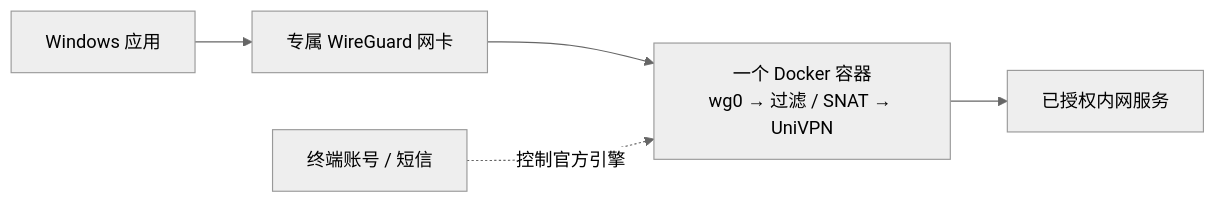
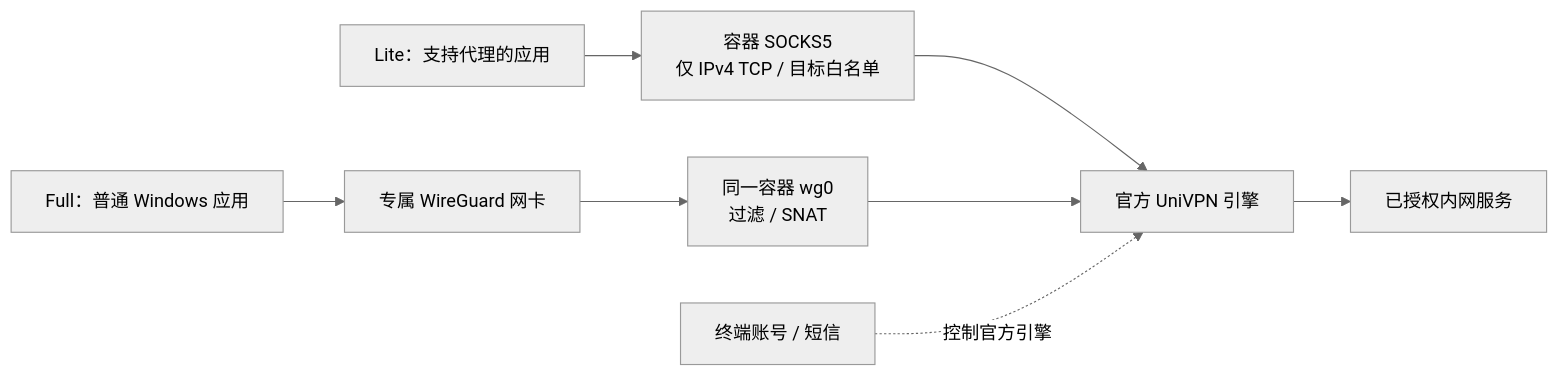
Before and after one commit to JavaZeroo/univpn-docker-gateway: the diagram in README.md, drawn with Mermaid (neutral theme). The commit also changed other lines of this file and 22 other files, not shown here.

Commit message:
feat: ship Lite SOCKS5 and Full routed VPN editions

````diff
--- a/README.md
+++ b/README.md
@@ -53,7 +73,10 @@
 ```mermaid
 flowchart LR
-    Apps["Windows 应用"] --> WG["专属 WireGuard 网卡"]
-    WG --> VPN["一个 Docker 容器<br/>wg0 → 过滤 / SNAT → UniVPN"]
+    ProxyApp["Lite：支持代理的应用"] --> SOCKS["容器 SOCKS5<br/>仅 IPv4 TCP / 目标白名单"]
+    Apps["Full：普通 Windows 应用"] --> WG["专属 WireGuard 网卡"]
+    WG --> Forward["同一容器 wg0<br/>过滤 / SNAT"]
+    SOCKS --> VPN["官方 UniVPN 引擎"]
+    Forward --> VPN
     VPN --> Target["已授权内网服务"]
     CLI["终端账号 / 短信"] -. "控制官方引擎" .-> VPN
 ```
````
